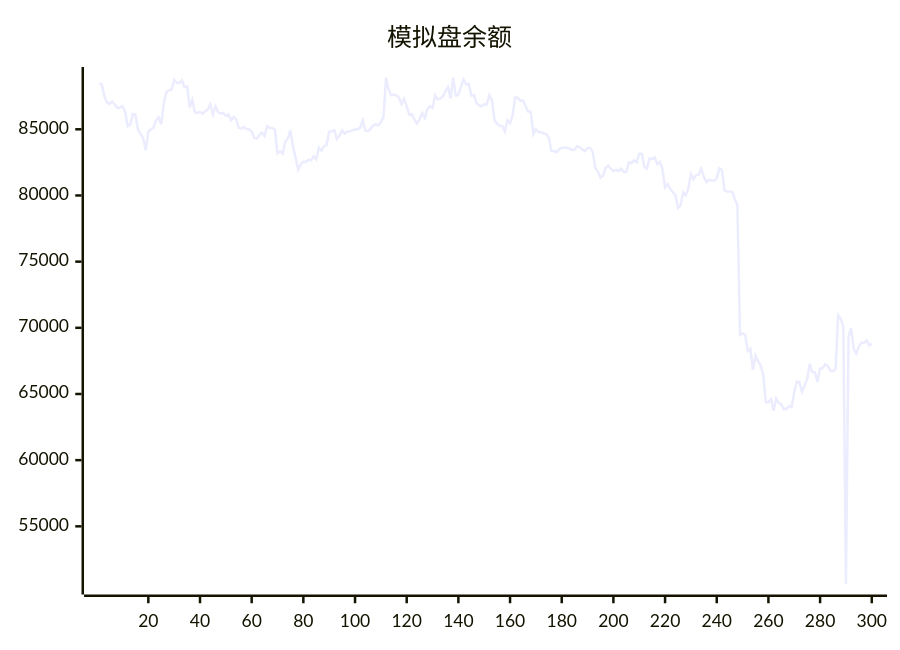
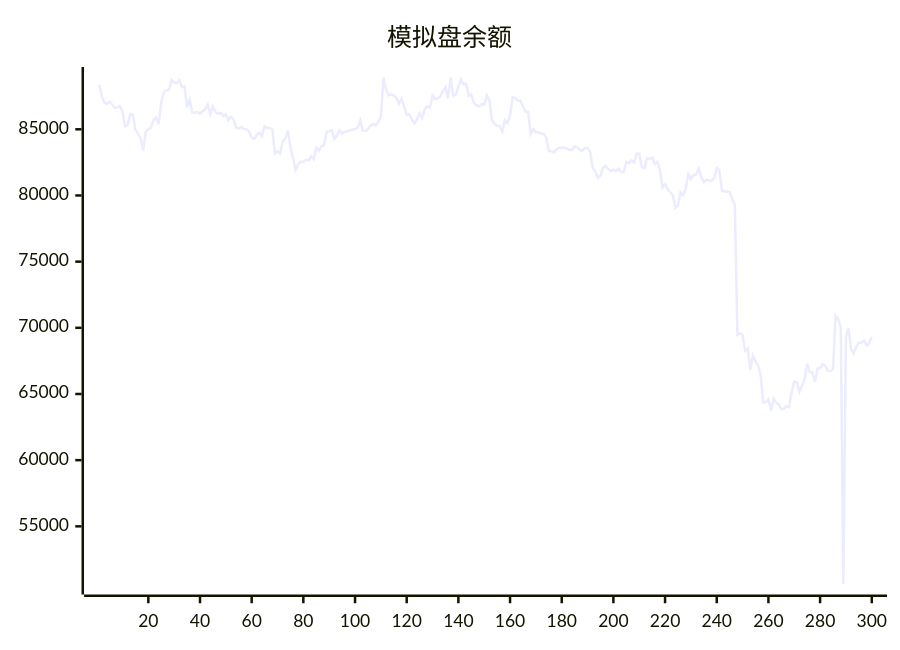
Before and after one commit to aahl/ai-trading: the diagram in README.md, drawn with Mermaid. The commit also changed other lines of this file and 1 other file, not shown here.

````diff
--- a/README.md
+++ b/README.md
@@ -5,5 +5,5 @@
 ```mermaid
 xychart
     title "模拟盘余额"
-    line [88467,88372,87493,87018,86917,87102,86870,86613,86644,86758,86317,85242,85334,86149,86106,84968,84671,84302,83410,84816,85001,85127,85693,85891,85384,87001,87811,87945,88007,88734,88528,88495,88705,88189,88248,86662,87234,86279,86251,86314,86177,86364,86503,86886,86114,86731,86310,86176,86240,86017,86136,85685,85938,85749,85111,85044,85164,85016,85008,84824,84354,84287,84572,84745,84500,85234,85096,85095,84970,83180,83338,83157,84070,84309,84922,83667,82850,81924,82369,82552,82539,82695,82648,82962,82728,83619,83378,83710,83825,84819,84854,84917,84265,84527,84919,84668,84834,84850,84916,84981,85004,85131,85674,84891,84864,85019,85284,85393,85294,85538,85894,88904,88012,87567,87625,87568,87386,86920,87313,86737,86094,86143,85725,85437,85787,86219,85859,86526,86740,86630,87563,87264,87335,87483,87886,88180,87335,88894,87544,87608,88207,88755,88401,88444,87543,87608,87000,86810,86740,86894,86884,87576,87209,85686,85435,85251,85255,84820,85689,85453,86066,87420,87373,87161,87178,86740,86341,86315,84643,85012,84772,84768,84690,84635,84376,83360,83357,83259,83474,83608,83606,83602,83548,83440,83454,83724,83644,83464,83365,83590,83592,83275,82072,81806,81344,81492,82109,82254,82006,81848,81955,81829,82022,81769,81776,82522,82441,82656,82498,83144,83144,82150,82038,82797,82763,82872,82367,82536,81981,80612,80862,80484,80242,80034,79063,79245,80226,80016,80507,81625,81233,81544,81578,82016,81401,81019,81186,81130,81118,81306,82066,81909,80392,80304,80291,80258,79729,79261,69466,69579,69456,68251,68415,66832,67911,67462,67144,66432,64380,64375,64606,63740,64647,64324,64216,63842,63877,64078,64008,65156,65945,65888,65157,65625,66144,67284,66653,66639,65924,66925,66956,67263,67108,66766,66729,66886,70927,70673,70049,50652,69334,69973,68400,68061,68578,68876,68879,69055,68662,68822]
+    line [88372,87493,87018,86917,87102,86870,86613,86644,86758,86317,85242,85334,86149,86106,84968,84671,84302,83410,84816,85001,85127,85693,85891,85384,87001,87811,87945,88007,88734,88528,88495,88705,88189,88248,86662,87234,86279,86251,86314,86177,86364,86503,86886,86114,86731,86310,86176,86240,86017,86136,85685,85938,85749,85111,85044,85164,85016,85008,84824,84354,84287,84572,84745,84500,85234,85096,85095,84970,83180,83338,83157,84070,84309,84922,83667,82850,81924,82369,82552,82539,82695,82648,82962,82728,83619,83378,83710,83825,84819,84854,84917,84265,84527,84919,84668,84834,84850,84916,84981,85004,85131,85674,84891,84864,85019,85284,85393,85294,85538,85894,88904,88012,87567,87625,87568,87386,86920,87313,86737,86094,86143,85725,85437,85787,86219,85859,86526,86740,86630,87563,87264,87335,87483,87886,88180,87335,88894,87544,87608,88207,88755,88401,88444,87543,87608,87000,86810,86740,86894,86884,87576,87209,85686,85435,85251,85255,84820,85689,85453,86066,87420,87373,87161,87178,86740,86341,86315,84643,85012,84772,84768,84690,84635,84376,83360,83357,83259,83474,83608,83606,83602,83548,83440,83454,83724,83644,83464,83365,83590,83592,83275,82072,81806,81344,81492,82109,82254,82006,81848,81955,81829,82022,81769,81776,82522,82441,82656,82498,83144,83144,82150,82038,82797,82763,82872,82367,82536,81981,80612,80862,80484,80242,80034,79063,79245,80226,80016,80507,81625,81233,81544,81578,82016,81401,81019,81186,81130,81118,81306,82066,81909,80392,80304,80291,80258,79729,79261,69466,69579,69456,68251,68415,66832,67911,67462,67144,66432,64380,64375,64606,63740,64647,64324,64216,63842,63877,64078,64008,65156,65945,65888,65157,65625,66144,67284,66653,66639,65924,66925,66956,67263,67108,66766,66729,66886,70927,70673,70049,50652,69334,69973,68400,68061,68578,68876,68879,69055,68662,68822,69329]
 ```
````
